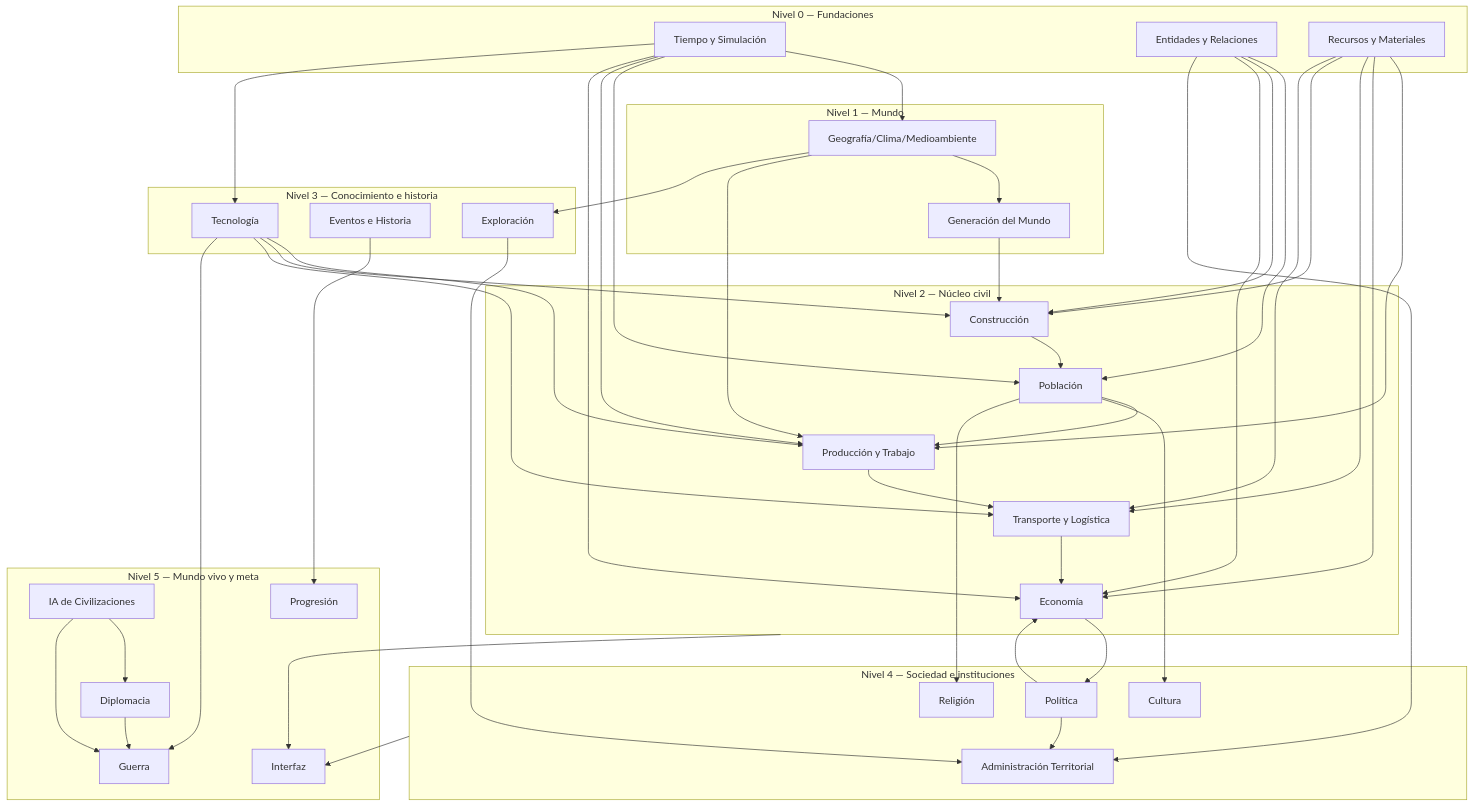
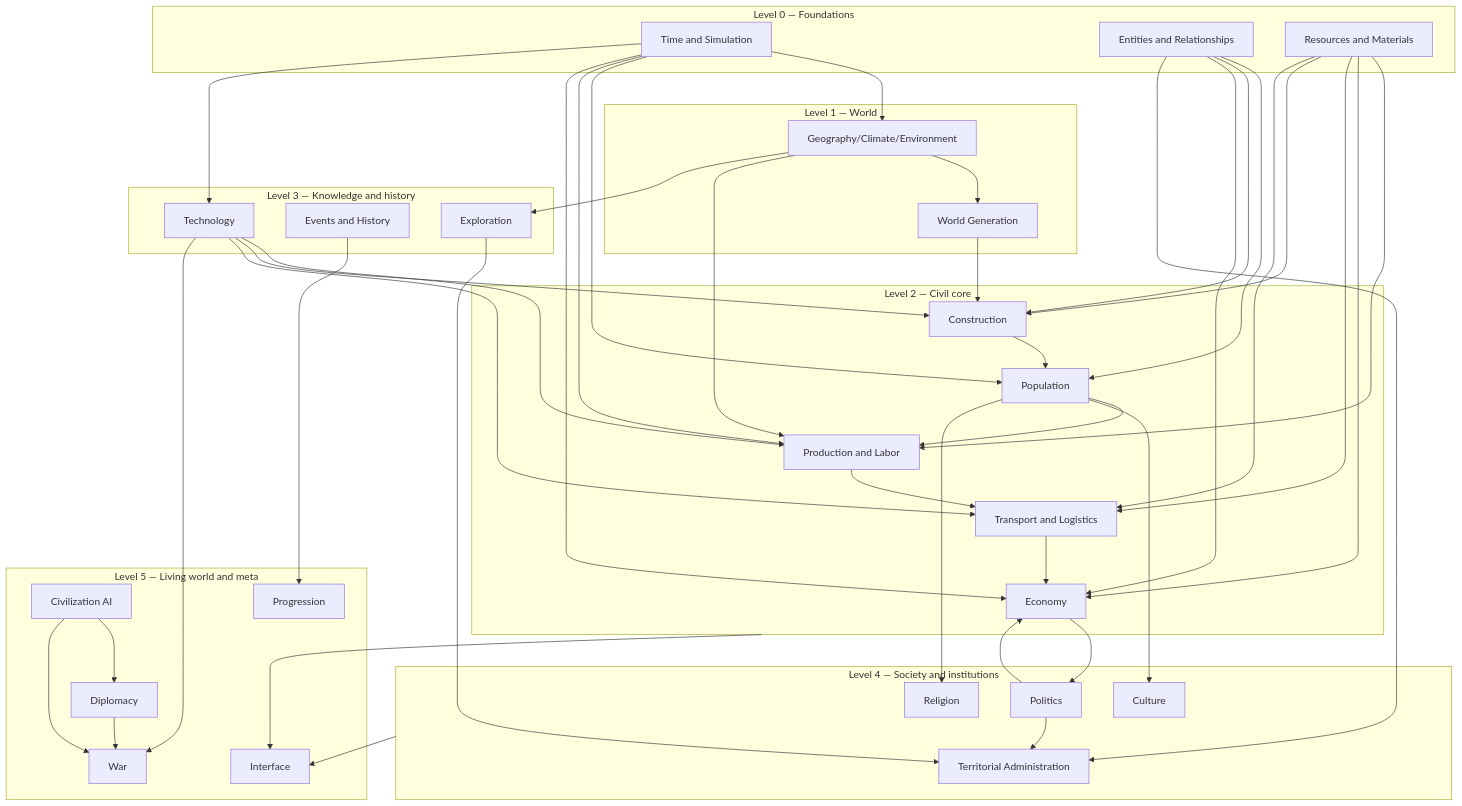
The first of 2 diagrams in SYSTEM_DEPENDENCY_MAP.md (guidoalloatti/civilizations-evolution-doc), drawn with Mermaid before and after one commit. The commit also changed other lines of this file and 47 other files, not shown here.

````diff
--- a/SYSTEM_DEPENDENCY_MAP.md
+++ b/SYSTEM_DEPENDENCY_MAP.md
@@ -10,56 +10,56 @@
 ```mermaid
 flowchart TB
-    subgraph L0["Nivel 0 — Fundaciones"]
-        TIME["Tiempo y Simulación"]
-        ENT["Entidades y Relaciones"]
-        RES["Recursos y Materiales"]
+    subgraph L0["Level 0 — Foundations"]
+        TIME["Time and Simulation"]
+        ENT["Entities and Relationships"]
+        RES["Resources and Materials"]
     end
-    subgraph L1["Nivel 1 — Mundo"]
-        GEO["Geografía/Clima/Medioambiente"]
-        GEN["Generación del Mundo"]
+    subgraph L1["Level 1 — World"]
+        GEO["Geography/Climate/Environment"]
+        GEN["World Generation"]
     end
-    subgraph L2["Nivel 2 — Núcleo civil"]
-        BLD["Construcción"]
-        POP["Población"]
-        PROD["Producción y Trabajo"]
-        LOG["Transporte y Logística"]
-        ECO["Economía"]
+    subgraph L2["Level 2 — Civil core"]
+        BLD["Construction"]
+        POP["Population"]
+        PROD["Production and Labor"]
+        LOG["Transport and Logistics"]
+        ECO["Economy"]
     end
-    subgraph L3["Nivel 3 — Conocimiento e historia"]
-        TEC["Tecnología"]
-        EVT["Eventos e Historia"]
-        EXP["Exploración"]
+    subgraph L3["Level 3 — Knowledge and history"]
+        TEC["Technology"]
+        EVT["Events and History"]
+        EXP["Exploration"]
     end
-    subgraph L4["Nivel 4 — Sociedad e instituciones"]
-        CUL["Cultura"]
-        REL["Religión"]
-        POL["Política"]
-        ADM["Administración Territorial"]
+    subgraph L4["Level 4 — Society and institutions"]
+        CUL["Culture"]
+        REL["Religion"]
+        POL["Politics"]
+        ADM["Territorial Administration"]
     end
-    subgraph L5["Nivel 5 — Mundo vivo y meta"]
-        DIP["Diplomacia"]
-        AI["IA de Civilizaciones"]
-        MIL["Guerra"]
-        PRG["Progresión"]
-        UI["Interfaz"]
+    subgraph L5["Level 5 — Living world and meta"]
+        DIP["Diplomacy"]
+        AI["Civilization AI"]
+        MIL["War"]
+        PRG["Progression"]
+        UI["Interface"]
     end
 
     TIME --> GEO & POP & PROD & ECO & TEC
     ENT --> POP & BLD & ECO & ADM
     RES --> PROD & ECO & LOG & BLD
     GEO --> GEN --> BLD
     GEO --> PROD & EXP
     BLD --> POP
     POP --> PROD --> LOG --> ECO
     RES --> LOG
     TEC --> PROD & BLD & LOG & MIL
     POP --> CUL & REL
     POL --> ADM & ECO
     EXP --> ADM
     ECO --> POL
     AI --> DIP & MIL
     DIP --> MIL
     EVT --> PRG
     L2 --> UI
     L4 --> UI
 ```
````
